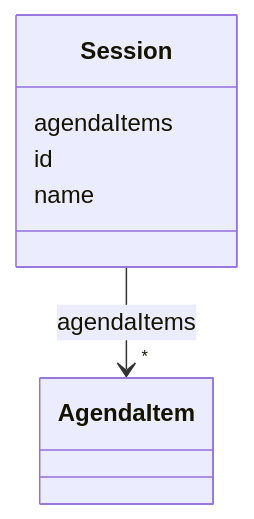
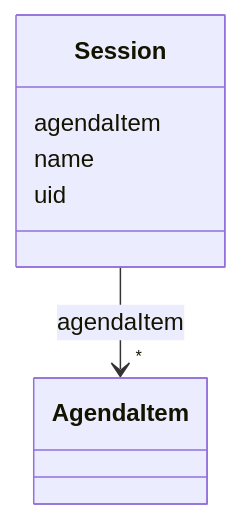
Before and after one commit to swiss/political-affairs-ech-group: the diagram in tutorial/output/docs/session.md, drawn with Mermaid. The commit also changed other lines of this file and 2 other files, not shown here.

````diff
--- a/tutorial/output/docs/session.md
+++ b/tutorial/output/docs/session.md
@@ -14,19 +14,19 @@
 ```mermaid
  classDiagram
     class Session
     click Session href "../Session"
-      Session : agendaItems
+      Session : agendaItem
         
           
     
     
-    Session --> "*" AgendaItem : agendaItems
+    Session --> "*" AgendaItem : agendaItem
     click AgendaItem href "../AgendaItem"
 
         
-      Session : id
+      Session : name
         
-      Session : name
+      Session : uid
         
       
 ```
````
